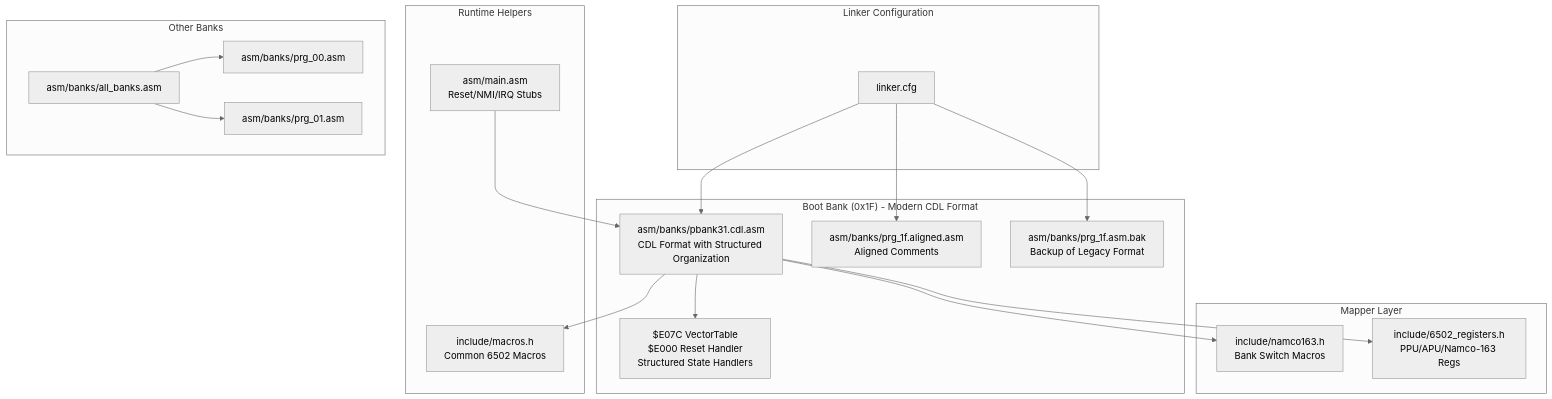
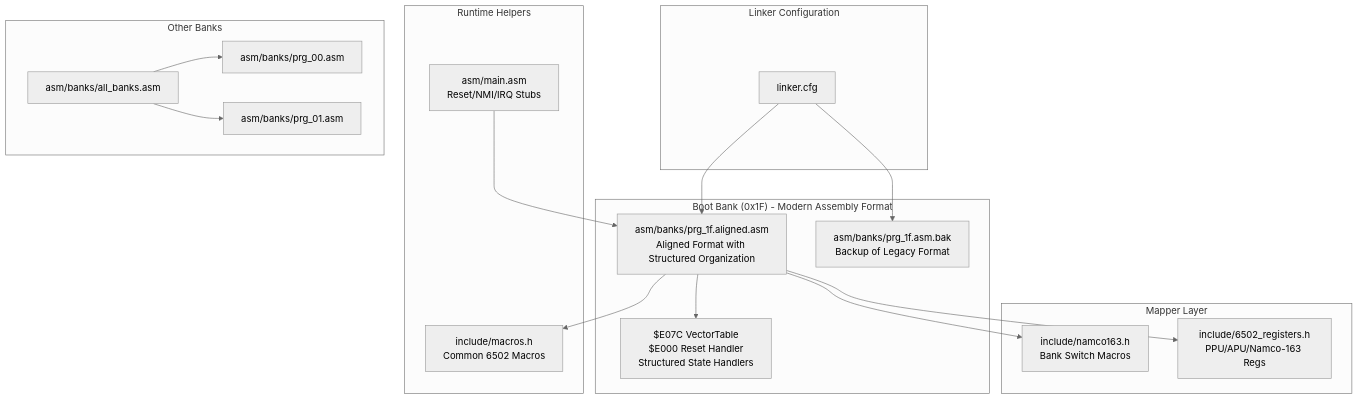
The first of 9 diagrams in .qoder/repowiki/en/content/Assembly Architecture/Assembly Architecture.md (rabbyzero/sango2dasm), drawn with Mermaid (neutral theme) before and after one commit. The commit also changed other lines of this file and 15 other files, not shown here.

````diff
--- a/.qoder/repowiki/en/content/Assembly Architecture/Assembly Architecture.md
+++ b/.qoder/repowiki/en/content/Assembly Architecture/Assembly Architecture.md
@@ -51,35 +53,33 @@
 ```mermaid
 graph TB
 subgraph "Linker Configuration"
 LCFG["linker.cfg"]
 end
-subgraph "Boot Bank (0x1F) - Modern CDL Format"
-CDL["asm/banks/pbank31.cdl.asm<br/>CDL Format with Structured Organization"]
-ALIGNED["asm/banks/prg_1f.aligned.asm<br/>Aligned Comments"]
+subgraph "Boot Bank (0x1F) - Modern Assembly Format"
+ALIGNED["asm/banks/prg_1f.aligned.asm<br/>Aligned Format with Structured Organization"]
 BACKUP["asm/banks/prg_1f.asm.bak<br/>Backup of Legacy Format"]
 VTABLE["$E07C VectorTable<br/>$E000 Reset Handler<br/>Structured State Handlers"]
 end
 subgraph "Mapper Layer"
 NAMCO["include/namco163.h<br/>Bank Switch Macros"]
 REGS["include/6502_registers.h<br/>PPU/APU/Namco-163 Regs"]
 end
 subgraph "Runtime Helpers"
 MACROS["include/macros.h<br/>Common 6502 Macros"]
 MAIN["asm/main.asm<br/>Reset/NMI/IRQ Stubs"]
 end
 subgraph "Other Banks"
 ALLB["asm/banks/all_banks.asm"]
 B00["asm/banks/prg_00.asm"]
 B01["asm/banks/prg_01.asm"]
 end
-LCFG --> CDL
 LCFG --> ALIGNED
 LCFG --> BACKUP
-MAIN --> CDL
-CDL --> VTABLE
-CDL --> NAMCO
-CDL --> REGS
-CDL --> MACROS
+MAIN --> ALIGNED
+ALIGNED --> VTABLE
+ALIGNED --> NAMCO
+ALIGNED --> REGS
+ALIGNED --> MACROS
 ALLB --> B00
 ALLB --> B01
 ```
````
